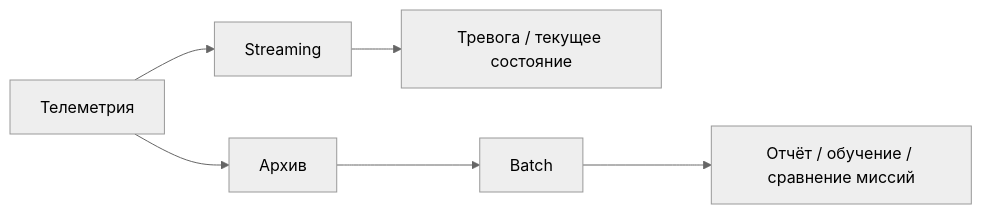
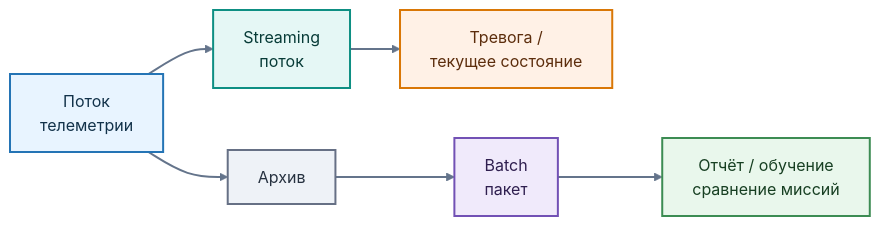
One commit to BosenkoTM/Big-data-processing-methods changed the ninth of 13 diagrams in 2026/lectures/lecture_03_robotics_iot_big_data.md. Above: the diagram before and after it, drawn with Mermaid (neutral theme). The commit also changed other lines of this file, not shown here.

````diff
--- a/2026/lectures/lecture_03_robotics_iot_big_data.md
+++ b/2026/lectures/lecture_03_robotics_iot_big_data.md
@@ -565,8 +663,24 @@
 ```mermaid
 flowchart LR
-    S["Телеметрия"] --> ST["Streaming"]
-    ST --> A["Тревога / текущее состояние"]
+    S["Поток<br/>телеметрии"] --> ST["Streaming<br/>поток"]
+    ST --> A["Тревога /<br/>текущее состояние"]
     S --> B["Архив"]
-    B --> BA["Batch"]
-    BA --> R["Отчёт / обучение / сравнение миссий"]
+    B --> BA["Batch<br/>пакет"]
+    BA --> R["Отчёт / обучение<br/>сравнение миссий"]
+
+    classDef source fill:#E8F4FF,stroke:#2474B5,color:#12324A,stroke-width:2px
+    classDef streaming fill:#E5F7F5,stroke:#0E8F83,color:#073B37,stroke-width:2px
+    classDef alert fill:#FFF1E6,stroke:#D97706,color:#5C2D0C,stroke-width:2px
+    classDef storage fill:#EEF2F7,stroke:#667085,color:#273240,stroke-width:2px
+    classDef batch fill:#F0EAFB,stroke:#7251B5,color:#2F1F4F,stroke-width:2px
+    classDef result fill:#E9F7EC,stroke:#3C8C53,color:#173F22,stroke-width:2px
+
+    class S source
+    class ST streaming
+    class A alert
+    class B storage
+    class BA batch
+    class R result
+
+    linkStyle default stroke:#64748B,stroke-width:2px
 ```
````
